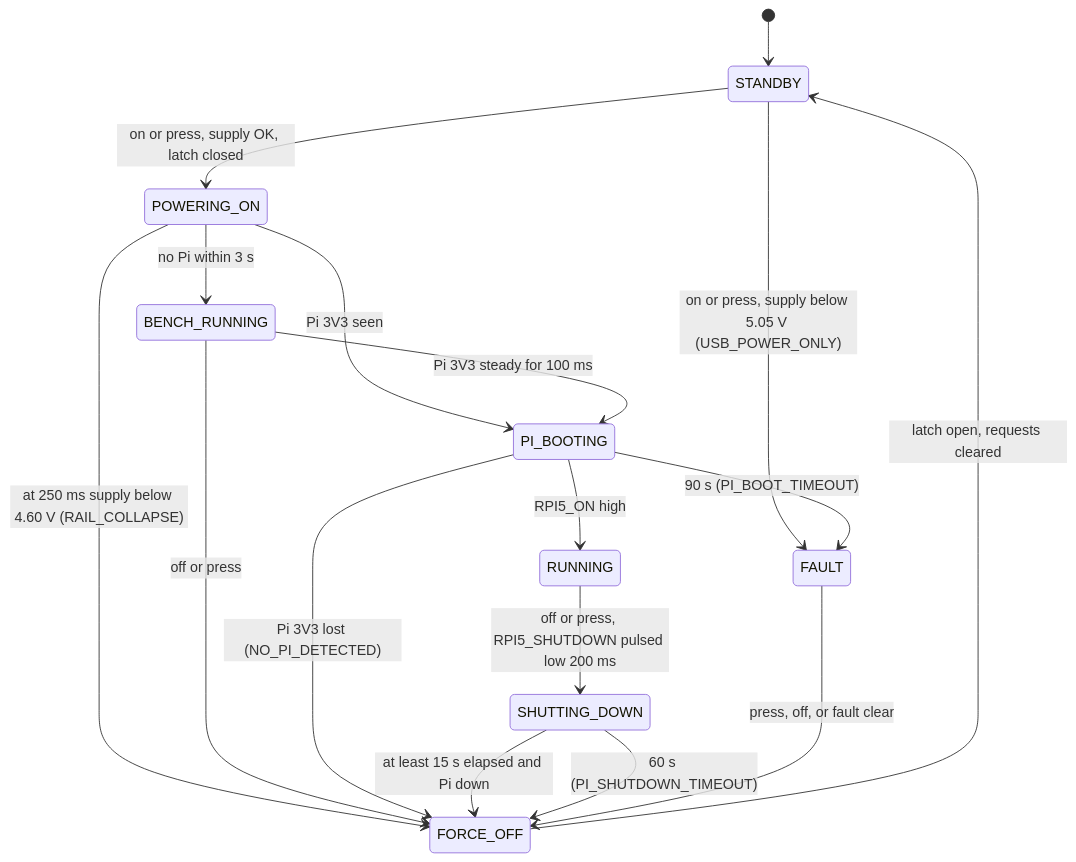
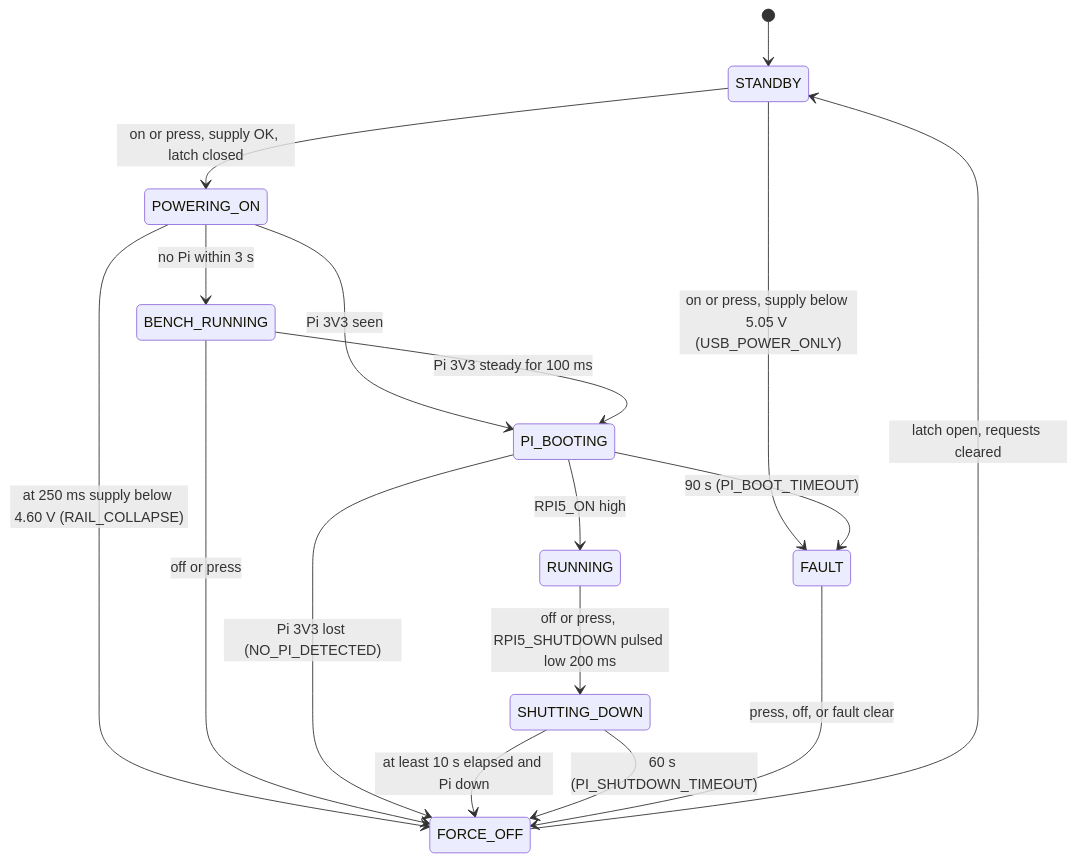
Before and after one commit to peteattayek/PiTrac_V2: the third of 3 diagrams in DEVELOPER_GUIDE.md, drawn with Mermaid. The commit also changed other lines of this file and 128 other files, not shown here.

````diff
--- a/DEVELOPER_GUIDE.md
+++ b/DEVELOPER_GUIDE.md
@@ -941,19 +1032,19 @@
 ```mermaid
 stateDiagram-v2
     [*] --> STANDBY
     STANDBY --> FAULT: on or press, supply below 5.05 V (USB_POWER_ONLY)
     STANDBY --> POWERING_ON: on or press, supply OK, latch closed
     POWERING_ON --> FORCE_OFF: at 250 ms supply below 4.60 V (RAIL_COLLAPSE)
     POWERING_ON --> PI_BOOTING: Pi 3V3 seen
     POWERING_ON --> BENCH_RUNNING: no Pi within 3 s
     BENCH_RUNNING --> PI_BOOTING: Pi 3V3 steady for 100 ms
     BENCH_RUNNING --> FORCE_OFF: off or press
     PI_BOOTING --> RUNNING: RPI5_ON high
     PI_BOOTING --> FORCE_OFF: Pi 3V3 lost (NO_PI_DETECTED)
     PI_BOOTING --> FAULT: 90 s (PI_BOOT_TIMEOUT)
     RUNNING --> SHUTTING_DOWN: off or press, RPI5_SHUTDOWN pulsed low 200 ms
-    SHUTTING_DOWN --> FORCE_OFF: at least 15 s elapsed and Pi down
+    SHUTTING_DOWN --> FORCE_OFF: at least 10 s elapsed and Pi down
     SHUTTING_DOWN --> FORCE_OFF: 60 s (PI_SHUTDOWN_TIMEOUT)
     FAULT --> FORCE_OFF: press, off, or fault clear
     FORCE_OFF --> STANDBY: latch open, requests cleared
 ```
````
